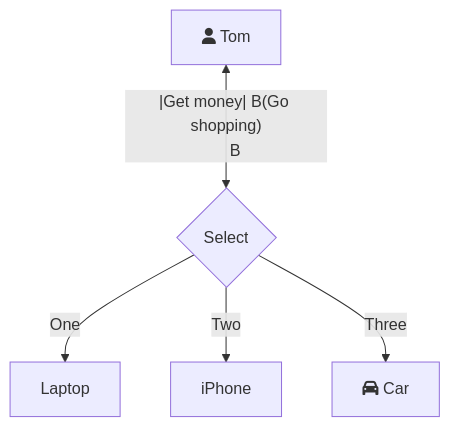
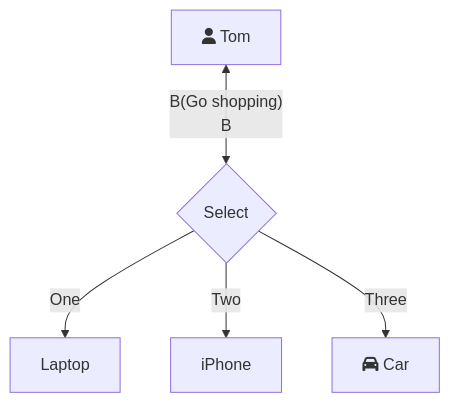
Before and after one commit to Jason-DancingBoy/iodraw-files: the diagram in all/未命名.md, drawn with Mermaid.

Commit message:
2026-01-02 20:28:56 update

````diff
--- a/all/未命名.md
+++ b/all/未命名.md
@@ -1,9 +1,9 @@
 ```mermaid
 graph TD
-    A[fa:fa-user Tom] <-- |Get money| B(Go shopping)
+    A[fa:fa-user Tom] <--  B(Go shopping)
     B --> C{Select}
     C -->|One| D[Laptop]
     C -->|Two| E[iPhone]
     C -->|Three| F[fa:fa-car Car]
 
 ```
````
